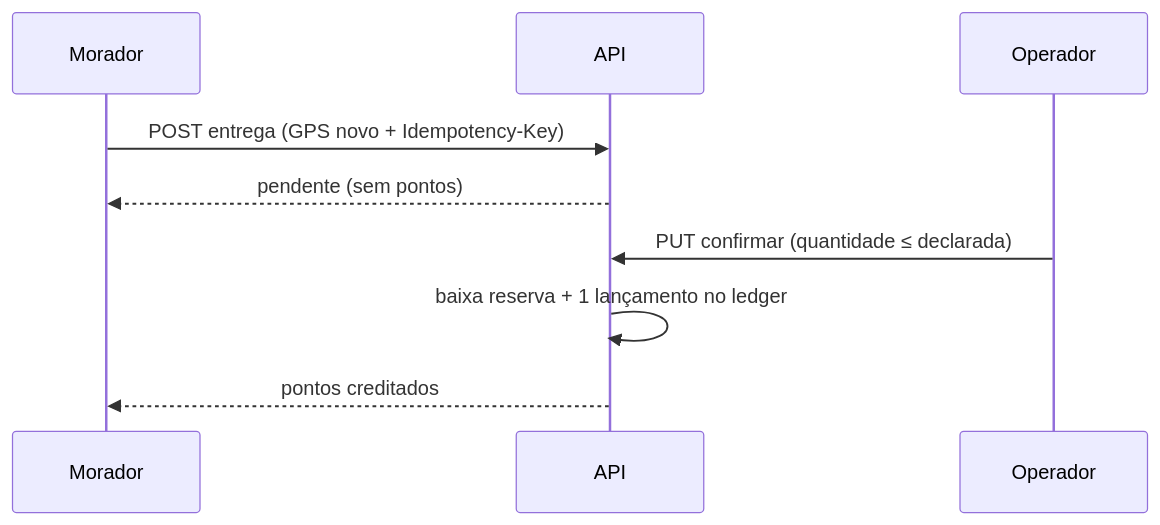
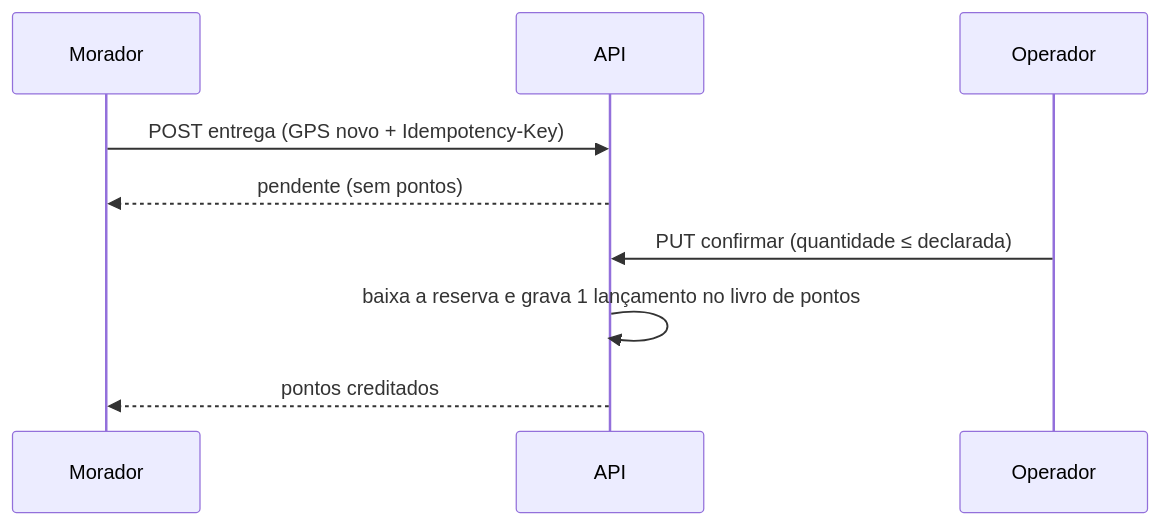
Before and after one commit to Residuum-Organization/residuum-documentacao: the sixth of 7 diagrams in docs/02-arquitetura/diagramas.md, drawn with Mermaid. The commit also changed other lines of this file and 16 other files, not shown here.

First line of the commit message:
docs(arquitetura): parte 2 - ER real, dicionário de dados, SAD, estados e ADRs

````diff
--- a/docs/02-arquitetura/diagramas.md
+++ b/docs/02-arquitetura/diagramas.md
@@ -47,11 +83,11 @@
 ```mermaid
 sequenceDiagram
   participant M as Morador
   participant A as API
   participant O as Operador
   M->>A: POST entrega (GPS novo + Idempotency-Key)
   A-->>M: pendente (sem pontos)
   O->>A: PUT confirmar (quantidade ≤ declarada)
-  A->>A: baixa reserva + 1 lançamento no ledger
+  A->>A: baixa a reserva e grava 1 lançamento no livro de pontos
   A-->>M: pontos creditados
 ```
````
